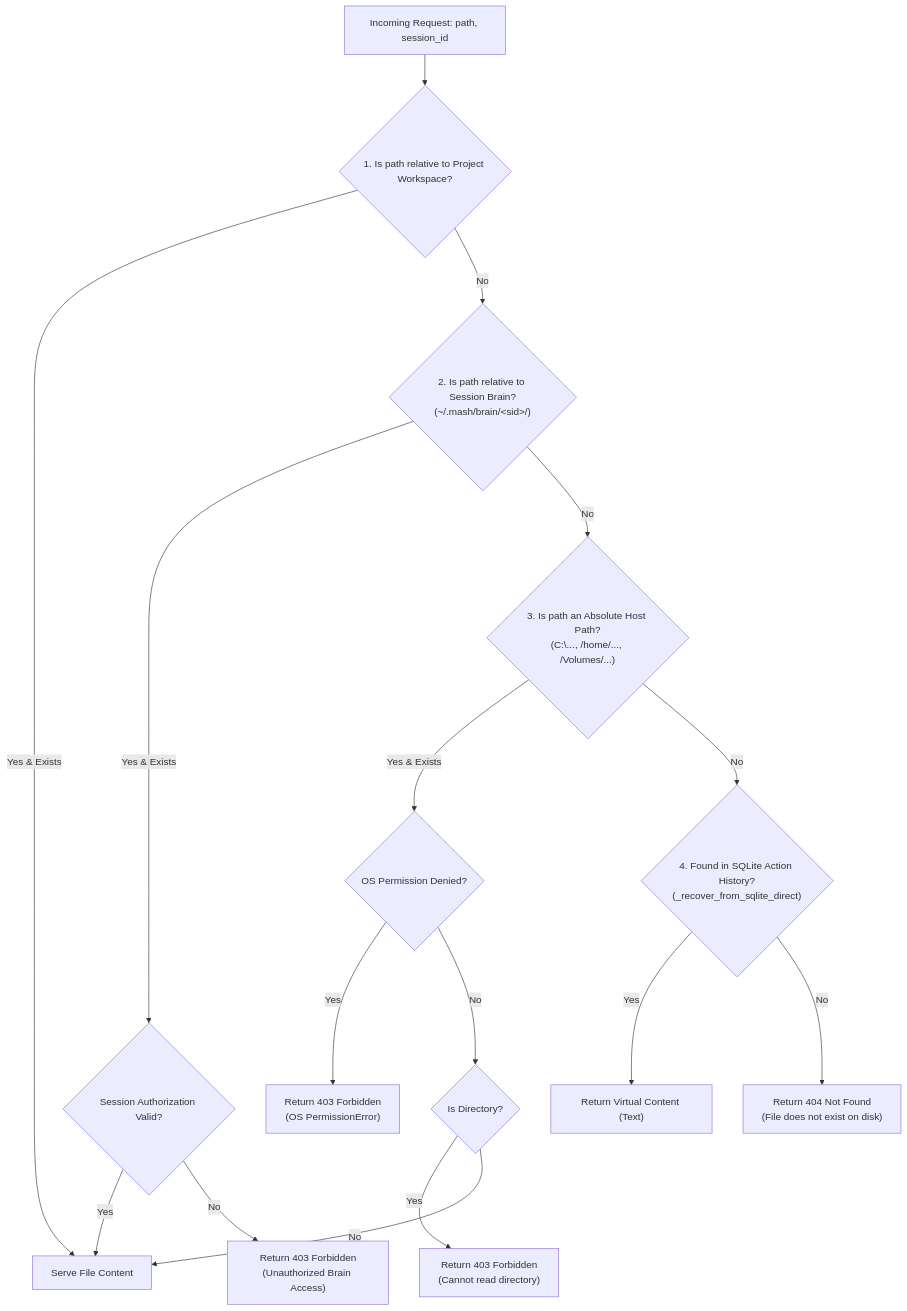
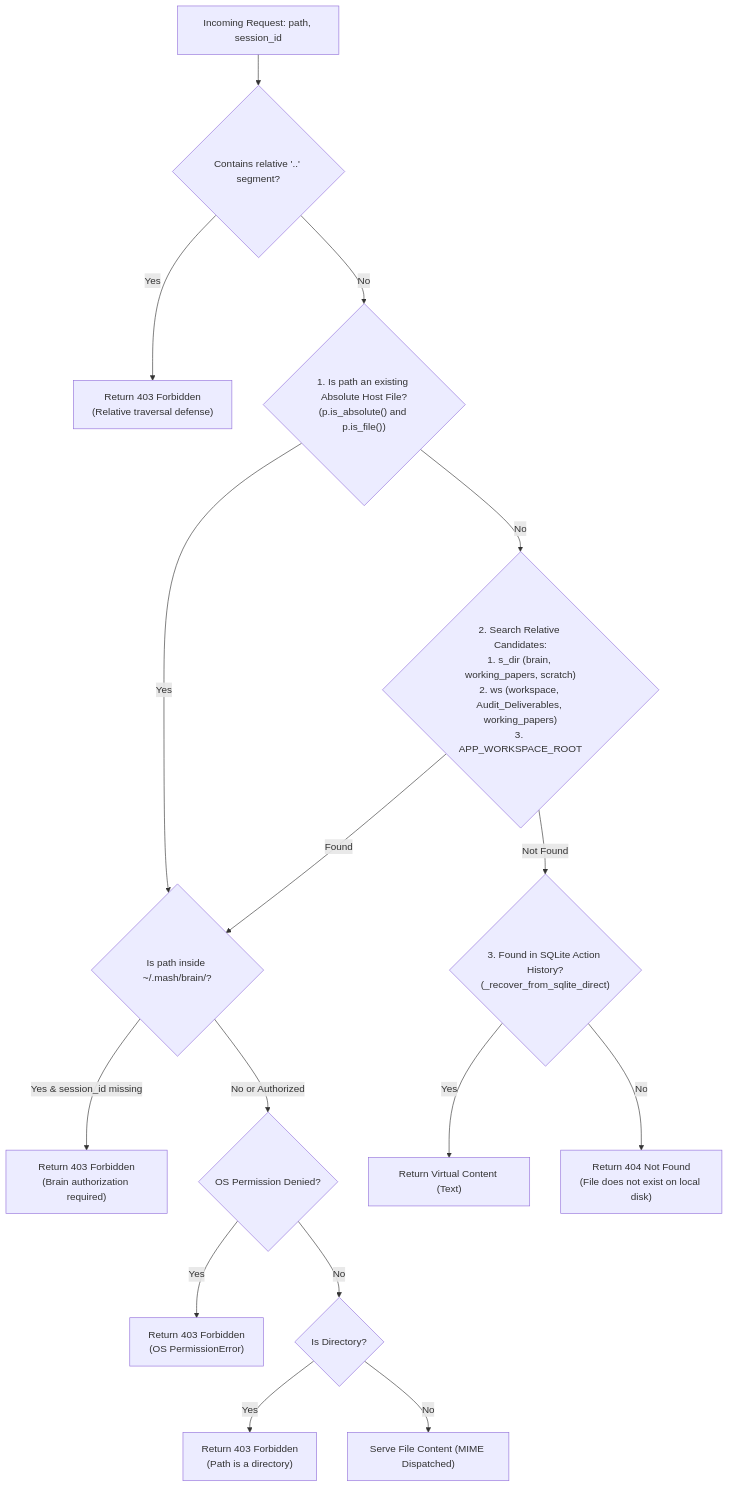
Before and after one commit to mahwa5531-coder/Mash-Unified: the third of 3 diagrams in ARCHITECTURE.md, drawn with Mermaid. The commit also changed other lines of this file, not shown here.

Commit message:
docs: complete database DDL, SSE event matrix and path ladder in ARCHITECTURE.md

````diff
--- a/ARCHITECTURE.md
+++ b/ARCHITECTURE.md
@@ -249,18 +256,18 @@
 ```mermaid
 flowchart TD
-    Start["Incoming Request: path, session_id"] --> Step1{"1. Is path relative to Project Workspace?"}
-    Step1 -- Yes & Exists --> ServeLocal["Serve File Content"]
-    Step1 -- No --> Step2{"2. Is path relative to Session Brain?<br/>(~/.mash/brain/&lt;sid&gt;/)"}
-    Step2 -- Yes & Exists --> AuthCheck{"Session Authorization Valid?"}
-    AuthCheck -- Yes --> ServeLocal
-    AuthCheck -- No --> Ret403["Return 403 Forbidden<br/>(Unauthorized Brain Access)"]
-    Step2 -- No --> Step3{"3. Is path an Absolute Host Path?<br/>(C:\..., /home/..., /Volumes/...)"}
-    Step3 -- Yes & Exists --> CheckPerm{"OS Permission Denied?"}
+    Start["Incoming Request: path, session_id"] --> Step0{"Contains relative '..' segment?"}
+    Step0 -- Yes --> Ret403Rel["Return 403 Forbidden<br/>(Relative traversal defense)"]
+    Step0 -- No --> Step1{"1. Is path an existing Absolute Host File?<br/>(p.is_absolute() and p.is_file())"}
+    Step1 -- Yes --> BrainAuthCheck{"Is path inside ~/.mash/brain/?"}
+    Step1 -- No --> Step2{"2. Search Relative Candidates:<br/>1. s_dir (brain, working_papers, scratch)<br/>2. ws (workspace, Audit_Deliverables, working_papers)<br/>3. APP_WORKSPACE_ROOT"}
+    Step2 -- Found --> BrainAuthCheck
+    Step2 -- Not Found --> Step3{"3. Found in SQLite Action History?<br/>(_recover_from_sqlite_direct)"}
+    Step3 -- Yes --> ServeVirtual["Return Virtual Content (Text)"]
+    Step3 -- No --> Ret404["Return 404 Not Found<br/>(File does not exist on local disk)"]
+    BrainAuthCheck -- Yes & session_id missing --> Ret403Brain["Return 403 Forbidden<br/>(Brain authorization required)"]
+    BrainAuthCheck -- No or Authorized --> CheckPerm{"OS Permission Denied?"}
     CheckPerm -- Yes --> Ret403Perm["Return 403 Forbidden<br/>(OS PermissionError)"]
     CheckPerm -- No --> CheckDir{"Is Directory?"}
-    CheckDir -- Yes --> Ret403Dir["Return 403 Forbidden<br/>(Cannot read directory)"]
-    CheckDir -- No --> ServeLocal
-    Step3 -- No --> Step4{"4. Found in SQLite Action History?<br/>(_recover_from_sqlite_direct)"}
-    Step4 -- Yes --> ServeVirtual["Return Virtual Content (Text)"]
-    Step4 -- No --> Ret404["Return 404 Not Found<br/>(File does not exist on disk)"]
+    CheckDir -- Yes --> Ret403Dir["Return 403 Forbidden<br/>(Path is a directory)"]
+    CheckDir -- No --> ServeFile["Serve File Content (MIME Dispatched)"]
 ```
````
